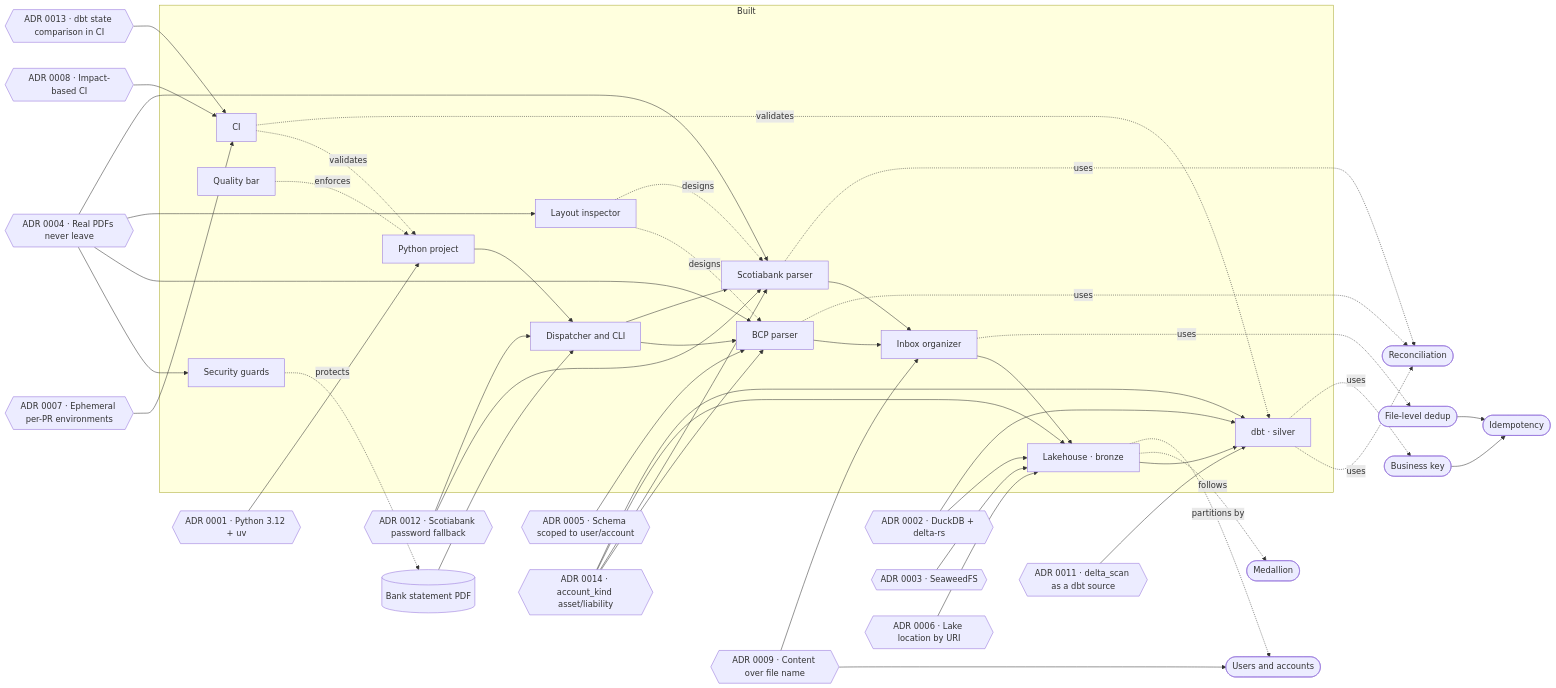
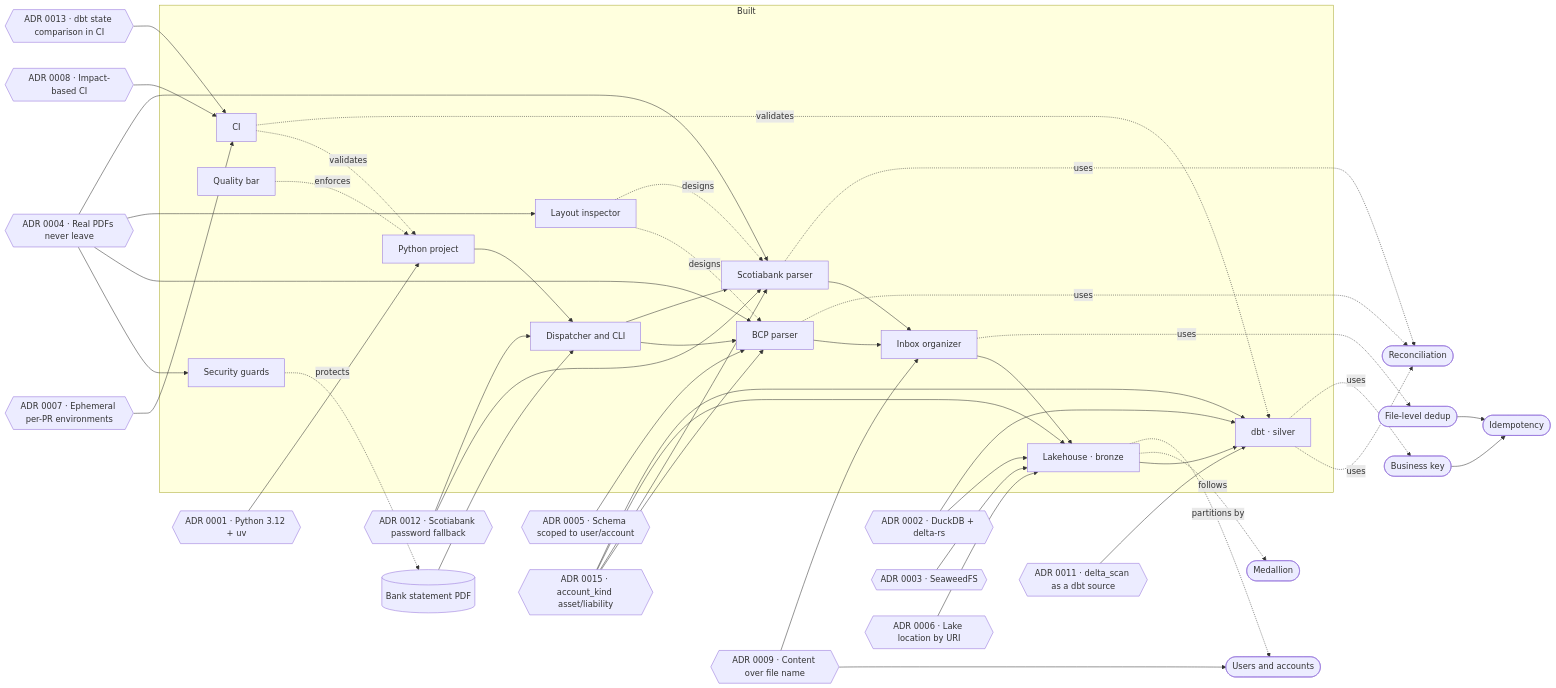
One commit to PieroRios2000/personal-finance-platform changed the diagram in brain/README.md. Above: the diagram before and after it, drawn with Mermaid. The commit also changed other lines of this file and 12 other files, not shown here.

````diff
--- a/brain/README.md
+++ b/brain/README.md
@@ -12,61 +12,61 @@
 ```mermaid
 flowchart LR
     PDF[("Bank statement PDF")]
 
     subgraph built["Built"]
         GS["Security guards"]
         PY["Python project"]
         CI["CI"]
         INS["Layout inspector"]
         CAL["Quality bar"]
         CLID["Dispatcher and CLI"]
         BCP["BCP parser"]
         SCOTIA["Scotiabank parser"]
         ORG["Inbox organizer"]
         LAKE["Lakehouse · bronze"]
         DBT["dbt · silver"]
     end
 
     PDF --> CLID --> BCP --> ORG --> LAKE --> DBT
     CLID --> SCOTIA --> ORG
     PY --> CLID
     CI -. validates .-> PY
     GS -. protects .-> PDF
     INS -. designs .-> BCP
     INS -. designs .-> SCOTIA
     CAL -. enforces .-> PY
 
     BCP -. uses .-> REC(["Reconciliation"])
     SCOTIA -. uses .-> REC
     ORG -. uses .-> DED(["File-level dedup"])
     LAKE -. follows .-> MED(["Medallion"])
     LAKE -. partitions by .-> UA(["Users and accounts"])
     DBT -. uses .-> REC
     DBT -. uses .-> BK(["Business key"])
     DED --> IDE(["Idempotency"])
     BK --> IDE
 
     A1{{"ADR 0001 · Python 3.12 + uv"}} --> PY
     A2{{"ADR 0002 · DuckDB + delta-rs"}} --> LAKE
     A2 --> DBT
     A3{{"ADR 0003 · SeaweedFS"}} --> LAKE
     A4{{"ADR 0004 · Real PDFs never leave"}} --> GS
     A4 --> BCP
     A4 --> INS
     A4 --> SCOTIA
     A5{{"ADR 0005 · Schema scoped to user/account"}} --> BCP
     A6{{"ADR 0006 · Lake location by URI"}} --> LAKE
     A9{{"ADR 0009 · Content over file name"}} --> ORG
     A9 --> UA
     A11{{"ADR 0011 · delta_scan as a dbt source"}} --> DBT
     A7{{"ADR 0007 · Ephemeral per-PR environments"}} --> CI
     A8{{"ADR 0008 · Impact-based CI"}} --> CI
     A13{{"ADR 0013 · dbt state comparison in CI"}} --> CI
     CI -. validates .-> DBT
     A12{{"ADR 0012 · Scotiabank password fallback"}} --> SCOTIA
     A12 --> CLID
-    A14{{"ADR 0014 · account_kind asset/liability"}} --> BCP
-    A14 --> SCOTIA
-    A14 --> LAKE
-    A14 --> DBT
+    A15{{"ADR 0015 · account_kind asset/liability"}} --> BCP
+    A15 --> SCOTIA
+    A15 --> LAKE
+    A15 --> DBT
 ```
````
